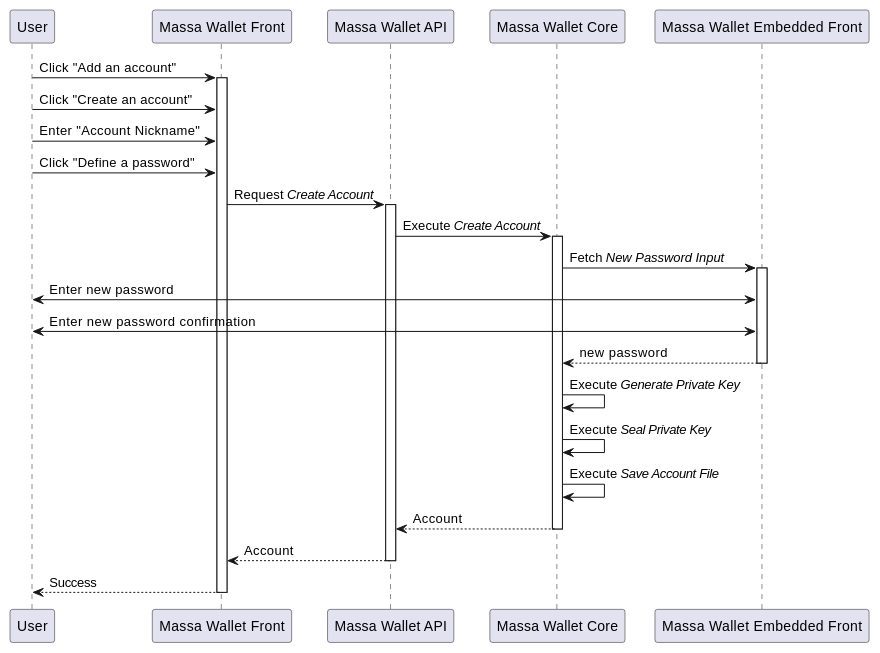
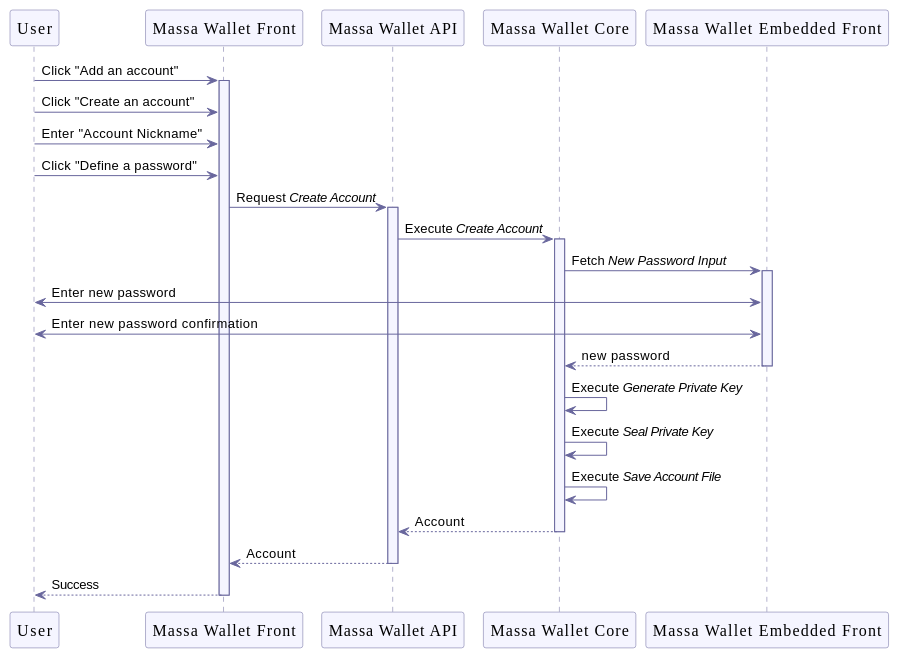
The sixth of 10 diagrams in documentation/wallet.adoc (massalabs/station-massa-wallet), drawn with PlantUML before and after one commit. The commit also changed other lines of this file, not shown here.

Commit message:
add style for other diagrams

```diff
--- a/documentation/wallet.adoc
+++ b/documentation/wallet.adoc
@@ -396,27 +411,43 @@
 [plantuml, format="svg", id="create-account", width="100%", role="center-image", options="interactive"]
 ----
 @startuml
+
+skinparam FontName Poppins
+
+skinparam sequence {
+    ArrowColor #69679D
+    LifeLineBorderColor #69679D
+    LifeLineBackgroundColor #F5F5FF
+
+    ParticipantBorderColor #69679D
+    ParticipantBackgroundColor #F5F5FF
+    ParticipantFontName Poppins
+    ParticipantFontSize 16
+    ParticipantFontColor #000000
+}
+
+
 participant "User" as user
 participant "Massa Wallet Front" as wallet_front
 participant "Massa Wallet API" as wallet_api
 participant "Massa Wallet Core" as wallet_core
 participant "Massa Wallet Embedded Front" as wallet_embedded_front
 
 user -> wallet_front ++ : Click "Add an account"
 user -> wallet_front : Click "Create an account"
 user -> wallet_front : Enter "Account Nickname"
 user -> wallet_front : Click "Define a password"
     wallet_front -> wallet_api ++: Request //Create Account//
         wallet_api -> wallet_core ++: Execute //Create Account//
             wallet_core -> wallet_embedded_front ++: Fetch //New Password Input//
             wallet_embedded_front <-> user: Enter new password
             wallet_embedded_front <-> user: Enter new password confirmation
             return new password
         wallet_core -> wallet_core: Execute //Generate Private Key//
         wallet_core -> wallet_core: Execute //Seal Private Key//
         wallet_core -> wallet_core: Execute //Save Account File//
         return Account
     return Account
 return Success
 @enduml
 ----
```
